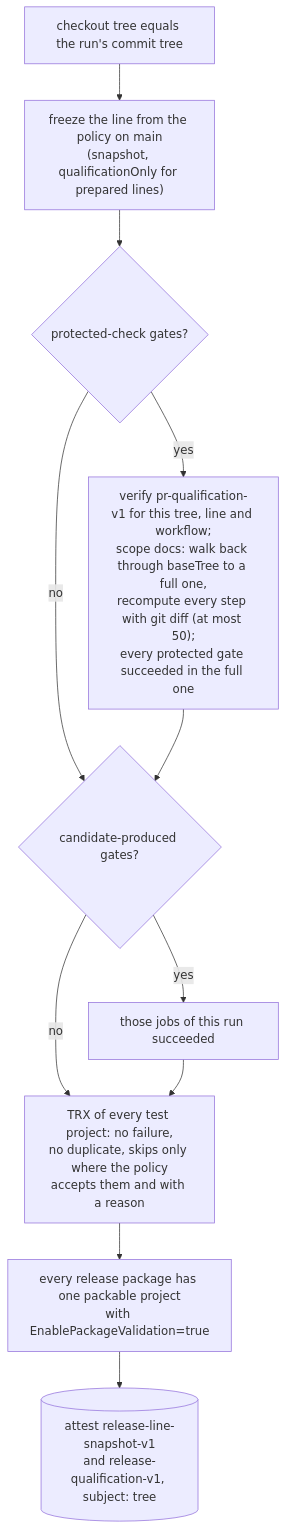
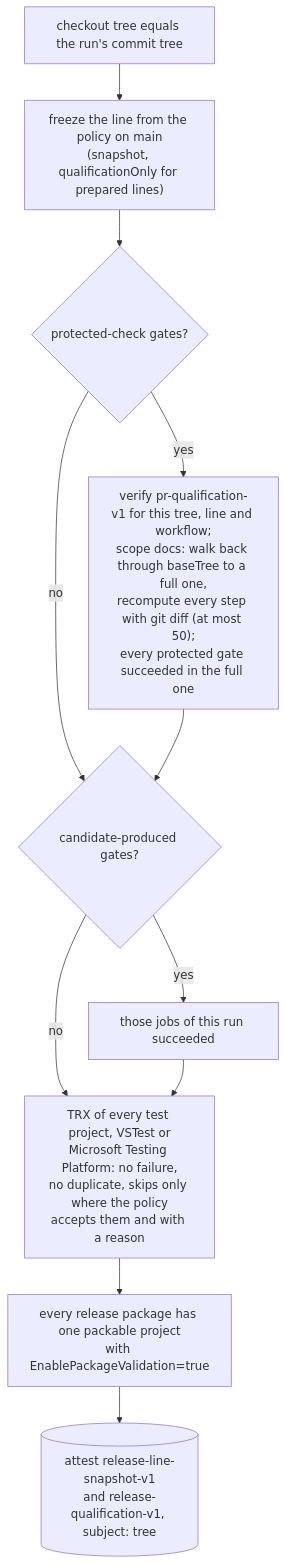
Before and after one commit to doka-labs/workflows: diagram 11 of 19 in docs/overview.md, drawn with Mermaid. The commit also changed other lines of this file and 30 other files, not shown here.

````diff
--- a/docs/overview.md
+++ b/docs/overview.md
@@ -308,13 +310,13 @@
 ```mermaid
 flowchart TB
   q1["checkout tree equals the run's commit tree"] --> q2["freeze the line from the policy on main<br/>(snapshot, qualificationOnly for prepared lines)"]
   q2 --> q3{"protected-check gates?"}
   q3 -- yes --> q4["verify pr-qualification-v1 for this tree, line and workflow;<br/>scope docs: walk back through baseTree to a full one,<br/>recompute every step with git diff (at most 50);<br/>every protected gate succeeded in the full one"]
   q3 -- no --> q5
   q4 --> q5{"candidate-produced gates?"}
   q5 -- yes --> q6["those jobs of this run succeeded"]
   q5 -- no --> q7
-  q6 --> q7["TRX of every test project: no failure,<br/>no duplicate, skips only where the policy<br/>accepts them and with a reason"]
+  q6 --> q7["TRX of every test project, VSTest or<br/>Microsoft Testing Platform: no failure,<br/>no duplicate, skips only where the policy<br/>accepts them and with a reason"]
   q7 --> q8["every release package has one packable project<br/>with EnablePackageValidation=true"]
   q8 --> q9[("attest release-line-snapshot-v1<br/>and release-qualification-v1, subject: tree")]
 ```
````
